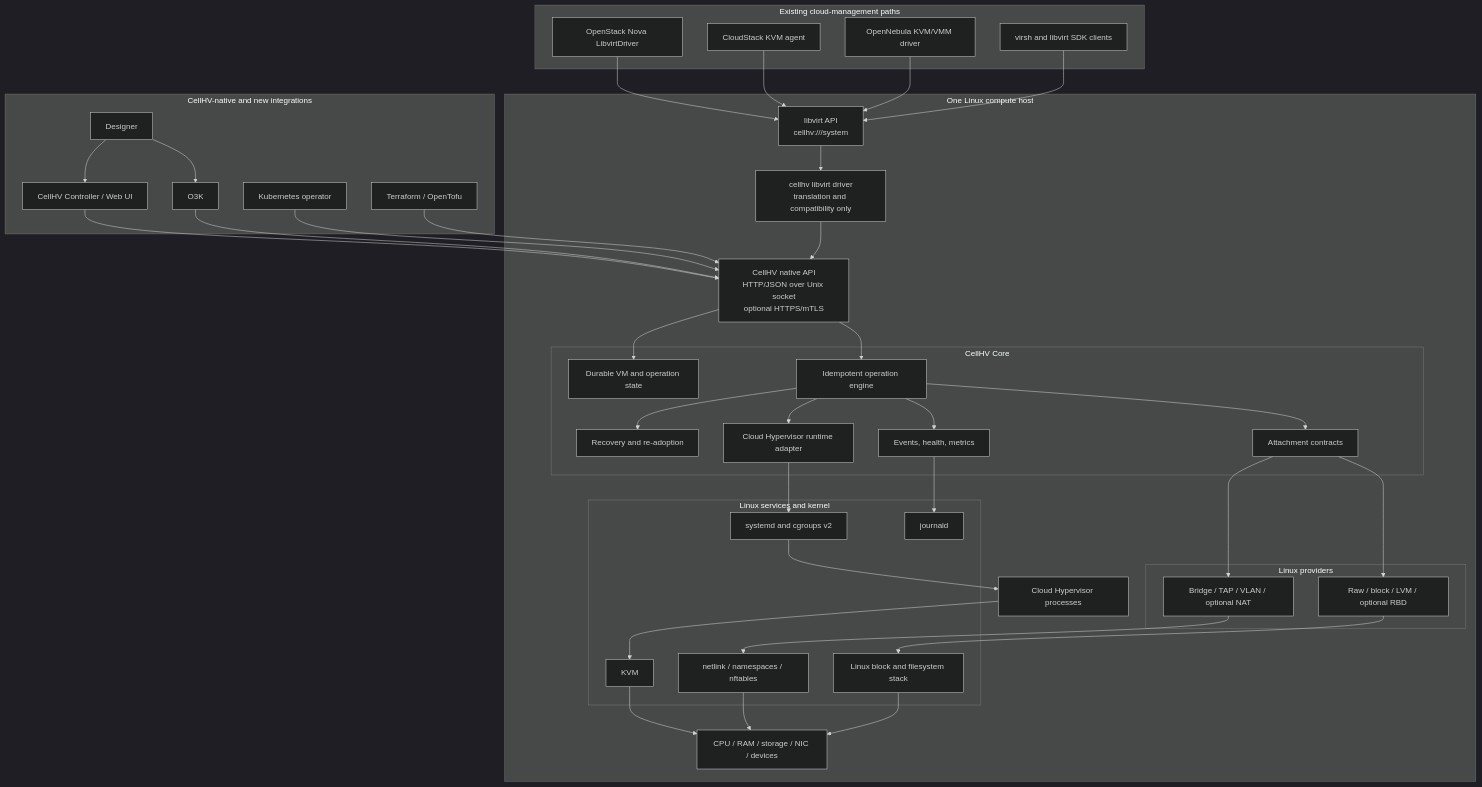
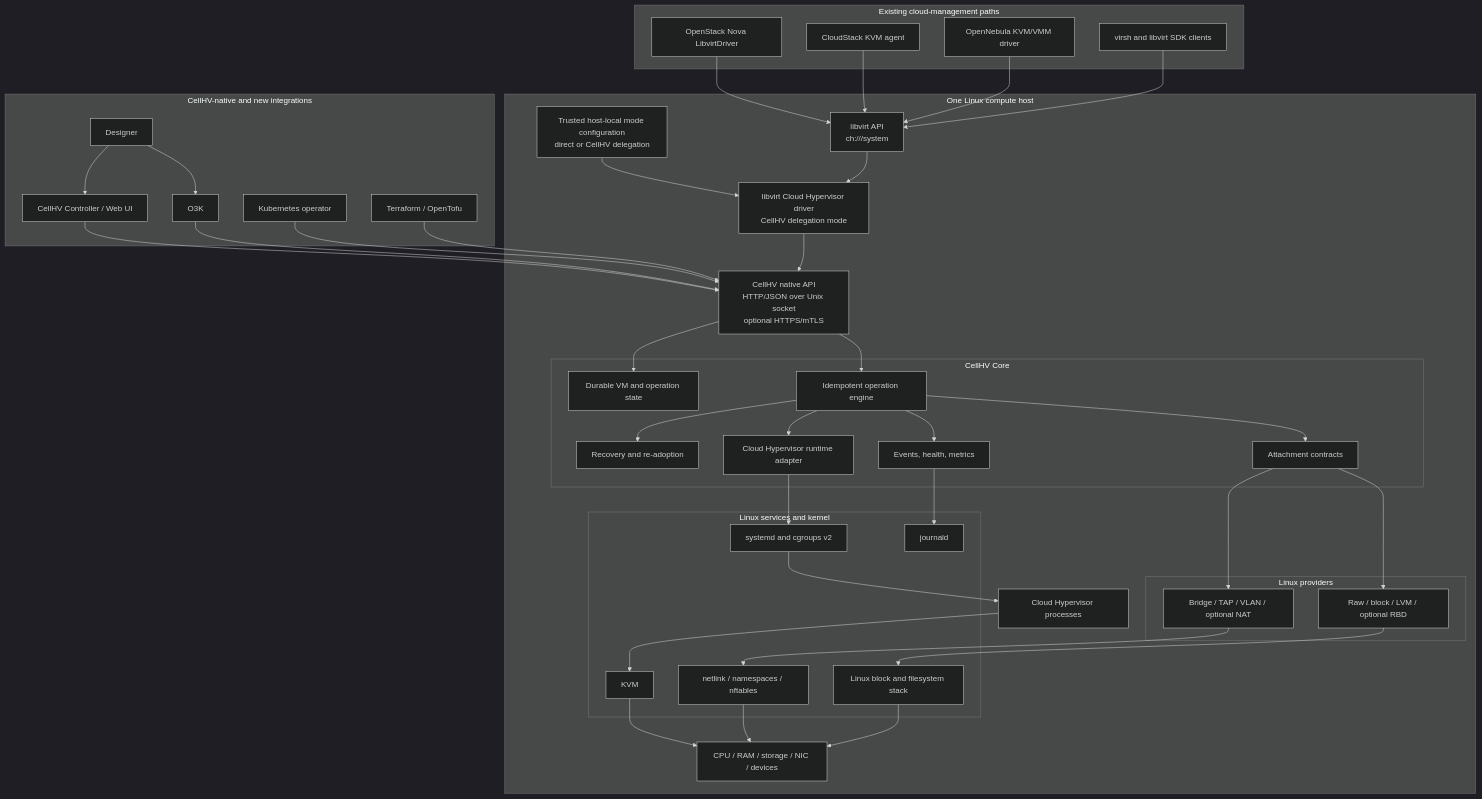
One commit to kubedoio/chv changed the diagram in docs/specs/cellhv-core-foundation-spec.md. Above: the diagram before and after it, drawn with Mermaid (dark theme). The commit also changed other lines of this file, not shown here.

Commit message:
docs: align core foundation with ch delegation mode

````diff
--- a/docs/specs/cellhv-core-foundation-spec.md
+++ b/docs/specs/cellhv-core-foundation-spec.md
@@ -94,80 +102,82 @@
 ```mermaid
 flowchart TB
     subgraph Existing[Existing cloud-management paths]
         OS[OpenStack Nova LibvirtDriver]
         CS[CloudStack KVM agent]
         ONE[OpenNebula KVM/VMM driver]
         VIRSH[virsh and libvirt SDK clients]
     end
 
     subgraph Native[CellHV-native and new integrations]
         CTRL[CellHV Controller / Web UI]
         O3K[O3K]
         K8S[Kubernetes operator]
         TF[Terraform / OpenTofu]
         DSGN[Designer]
     end
 
     OS --> LV
     CS --> LV
     ONE --> LV
     VIRSH --> LV
 
     CTRL --> API
     O3K --> API
     K8S --> API
     TF --> API
     DSGN --> CTRL
     DSGN --> O3K
 
     subgraph LinuxHost[One Linux compute host]
-        LV[libvirt API<br/>cellhv:///system]
-        LVD[cellhv libvirt driver<br/>translation and compatibility only]
+        LV[libvirt API<br/>ch:///system]
+        LVD[libvirt Cloud Hypervisor driver<br/>CellHV delegation mode]
+        MODE[Trusted host-local mode configuration<br/>direct or CellHV delegation]
         API[CellHV native API<br/>HTTP/JSON over Unix socket<br/>optional HTTPS/mTLS]
 
         subgraph Core[CellHV Core]
             STATE[Durable VM and operation state]
             OPS[Idempotent operation engine]
             REC[Recovery and re-adoption]
             CHM[Cloud Hypervisor runtime adapter]
             ATT[Attachment contracts]
             EVT[Events, health, metrics]
         end
 
         subgraph Providers[Linux providers]
             NET[Bridge / TAP / VLAN / optional NAT]
             STOR[Raw / block / LVM / optional RBD]
         end
 
         subgraph Linux[Linux services and kernel]
             SYSTEMD[systemd and cgroups v2]
             NL[netlink / namespaces / nftables]
             BLOCK[Linux block and filesystem stack]
             JOURNAL[journald]
             KVM[KVM]
         end
 
         CH[Cloud Hypervisor processes]
         HW[CPU / RAM / storage / NIC / devices]
 
+        MODE --> LVD
         LV --> LVD
         LVD --> API
         API --> STATE
         API --> OPS
         OPS --> REC
         OPS --> CHM
         OPS --> ATT
         OPS --> EVT
         ATT --> NET
         ATT --> STOR
         CHM --> SYSTEMD
         SYSTEMD --> CH
         CH --> KVM
         NET --> NL
         STOR --> BLOCK
         EVT --> JOURNAL
         KVM --> HW
         NL --> HW
         BLOCK --> HW
     end
 ```
````
